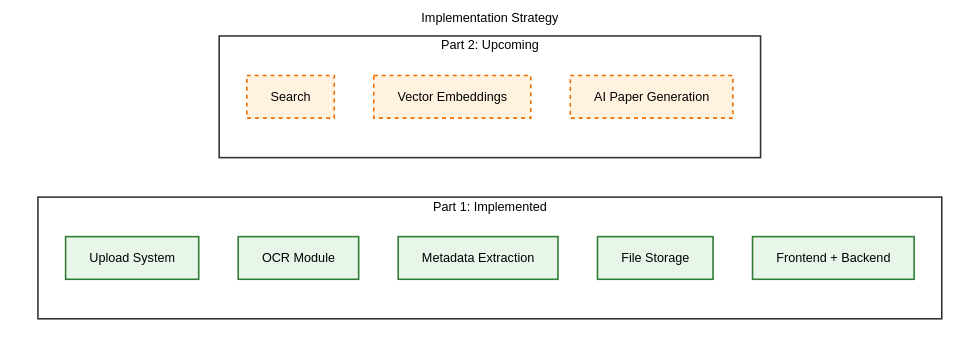
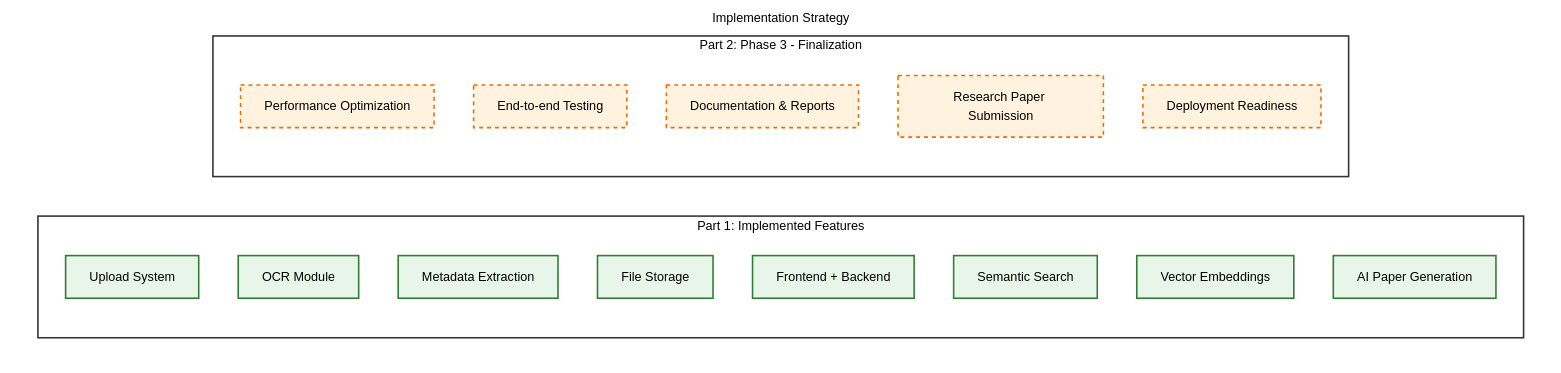
One commit to chanu4321/Prepwise changed the diagram in diagrams/4_implementation_split.mmd. Above: the diagram before and after it, drawn with Mermaid (base theme). The commit also changed 14 other files, not shown here.

```diff
--- a/diagrams/4_implementation_split.mmd
+++ b/diagrams/4_implementation_split.mmd
@@ -1,30 +1,36 @@
 graph TB
     classDef implemented fill:#e8f5e9,stroke:#2e7d32,stroke-width:2px,color:#000000;
     classDef upcoming fill:#fff3e0,stroke:#ef6c00,stroke-width:2px,stroke-dasharray: 5 5,color:#000000;
+    classDef header fill:#ffffff,stroke:none,font-weight:bold,font-size:16px,color:#000000;
 
     subgraph Container [Implementation Strategy]
         direction LR
         
-        subgraph Col1 [Part 1: Implemented]
+        subgraph Col1 [Part 1: Implemented Features]
             direction TB
             P1_1[Upload System]
             P1_2[OCR Module]
             P1_3[Metadata Extraction]
             P1_4[File Storage]
             P1_5[Frontend + Backend]
+            P1_6[Semantic Search]
+            P1_7[Vector Embeddings]
+            P1_8[AI Paper Generation]
         end
         
-        subgraph Col2 [Part 2: Upcoming]
+        subgraph Col2 [Part 2: Phase 3 - Finalization]
             direction TB
-            P2_1[Search]
-            P2_2[Vector Embeddings]
-            P2_3[AI Paper Generation]
+            P2_1[Performance Optimization]
+            P2_2[End-to-end Testing]
+            P2_3[Documentation & Reports]
+            P2_4[Research Paper Submission]
+            P2_5[Deployment Readiness]
         end
     end
     
-    class P1_1,P1_2,P1_3,P1_4,P1_5 implemented;
-    class P2_1,P2_2,P2_3 upcoming;
+    class P1_1,P1_2,P1_3,P1_4,P1_5,P1_6,P1_7,P1_8 implemented;
+    class P2_1,P2_2,P2_3,P2_4,P2_5 upcoming;
     
     style Col1 fill:#ffffff,stroke:#333,stroke-width:2px,color:black
     style Col2 fill:#ffffff,stroke:#333,stroke-width:2px,color:black
     style Container fill:#ffffff,stroke:none,color:black
```
